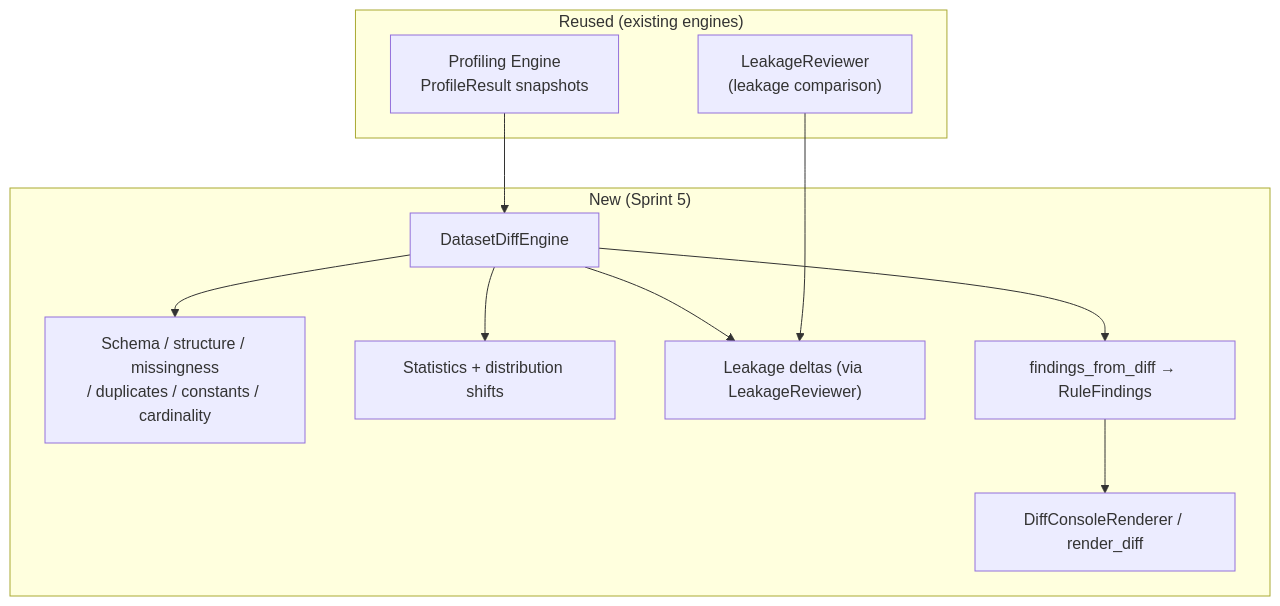
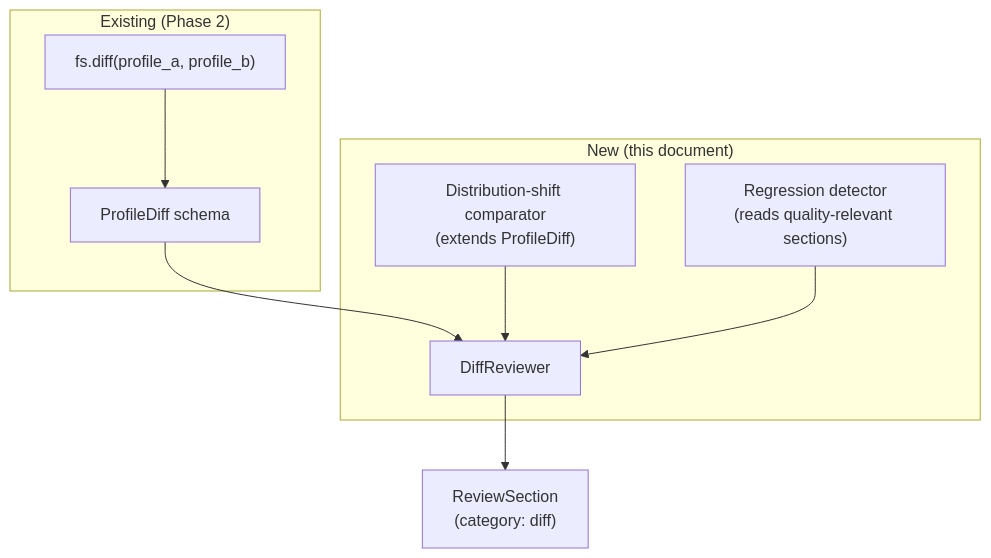
One commit to adityagangwani30/FeatureSmith changed the third of 4 diagrams in docs/features/Dataset-Diff-And-Leakage-Detection.md. Above: the diagram before and after it, drawn with Mermaid. The commit also changed other lines of this file and 13 other files, not shown here.

Commit message:
docs: synchronize architecture and implementation for v0.2.0

````diff
--- a/docs/features/Dataset-Diff-And-Leakage-Detection.md
+++ b/docs/features/Dataset-Diff-And-Leakage-Detection.md
@@ -121,22 +125,17 @@
 ```mermaid
 flowchart TB
-    subgraph Reused["Reused (existing engines)"]
-        PROF["Profiling Engine\nProfileResult snapshots"]
-        LEAK["LeakageReviewer\n(leakage comparison)"]
+    subgraph Existing["Existing (Phase 2)"]
+        FSD["fs.diff(profile_a, profile_b)"]
+        PD["ProfileDiff schema"]
     end
-    subgraph New["New (Sprint 5)"]
-        ENG["DatasetDiffEngine"]
-        S1["Schema / structure / missingness\n/ duplicates / constants / cardinality"]
-        S2["Statistics + distribution shifts"]
-        S3["Leakage deltas (via LeakageReviewer)"]
-        FND["findings_from_diff → RuleFindings"]
-        REN["DiffConsoleRenderer / render_diff"]
+    subgraph New["New (this document)"]
+        DR["DiffReviewer"]
+        DIST["Distribution-shift comparator\n(extends ProfileDiff)"]
+        REG["Regression detector\n(reads quality-relevant sections)"]
     end
-    PROF --> ENG
-    ENG --> S1
-    ENG --> S2
-    ENG --> S3
-    LEAK --> S3
-    ENG --> FND
-    FND --> REN
+    FSD --> PD
+    PD --> DR
+    DIST --> DR
+    REG --> DR
+    DR --> RS["ReviewSection\n(category: diff)"]
 ```
````
